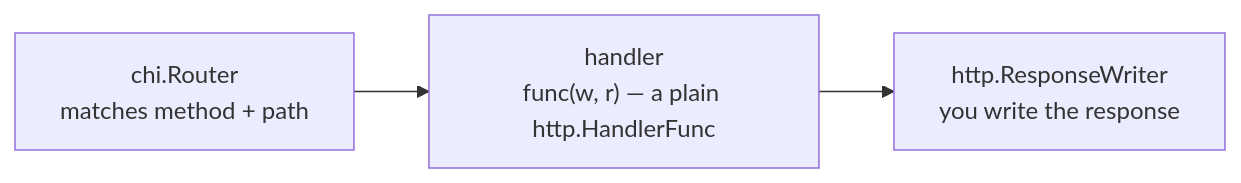
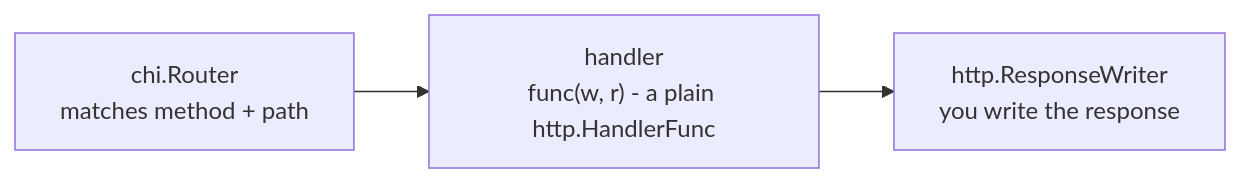
One commit to Topurrra/themissingmanual changed the diagram in guides/frameworks/chi-from-zero/01-what-chi-is.md. Above: the diagram before and after it, drawn with Mermaid. The commit also changed other lines of this file and 1009 other files, not shown here.

````diff
--- a/guides/frameworks/chi-from-zero/01-what-chi-is.md
+++ b/guides/frameworks/chi-from-zero/01-what-chi-is.md
@@ -36,5 +36,5 @@
 ```mermaid
 flowchart LR
-  R["chi.Router<br/>matches method + path"] --> H["handler<br/>func(w, r) — a plain http.HandlerFunc"]
+  R["chi.Router<br/>matches method + path"] --> H["handler<br/>func(w, r) - a plain http.HandlerFunc"]
   H --> RW["http.ResponseWriter<br/>you write the response"]
 ```
````
